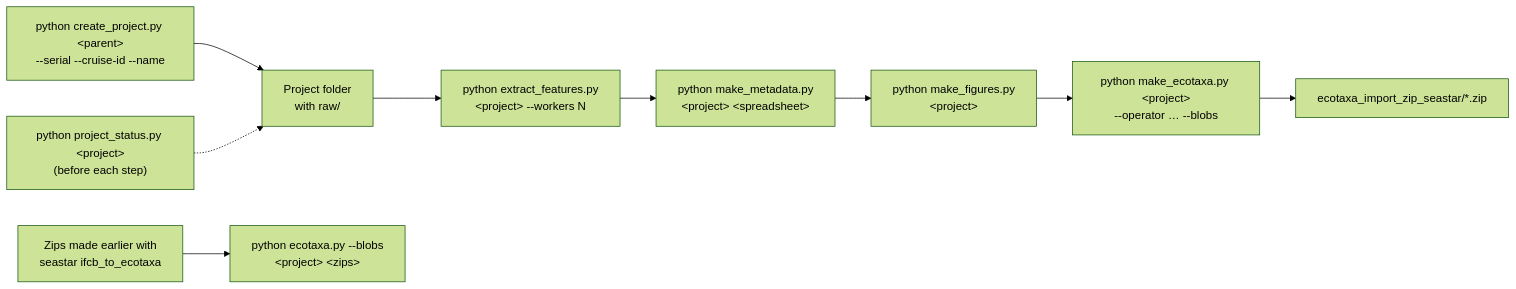
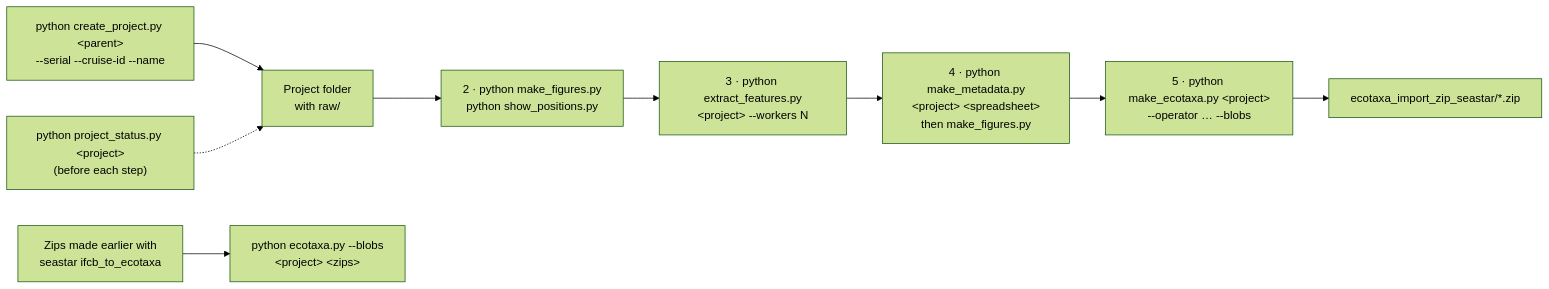
The fifth of 5 diagrams in docs/PROTOCOL.md (NOC-OI/seastar), drawn with Mermaid (forest theme) before and after one commit. The commit also changed other lines of this file and 17 other files, not shown here.

Commit message:
App: one page per step in a menu with Process, EcoTaxa API and BODC groups; raw data checked before the features; where each step stands

````diff
--- a/docs/PROTOCOL.md
+++ b/docs/PROTOCOL.md
@@ -240,11 +271,11 @@
 ```mermaid
 flowchart LR
     N["python create_project.py &lt;parent&gt;<br/>--serial --cruise-id --name"] --> A
     S["python project_status.py &lt;project&gt;<br/>(before each step)"] -.-> A
-    A["Project folder<br/>with raw/"] --> B["python extract_features.py<br/>&lt;project&gt; --workers N"]
-    B --> C["python make_metadata.py<br/>&lt;project&gt; &lt;spreadsheet&gt;"]
-    C --> Q["python make_figures.py<br/>&lt;project&gt;"]
-    Q --> D["python make_ecotaxa.py &lt;project&gt;<br/>--operator … --blobs"]
+    A["Project folder<br/>with raw/"] --> R["2 · python make_figures.py<br/>python show_positions.py"]
+    R --> B["3 · python extract_features.py<br/>&lt;project&gt; --workers N"]
+    B --> C["4 · python make_metadata.py<br/>&lt;project&gt; &lt;spreadsheet&gt;<br/>then make_figures.py"]
+    C --> D["5 · python make_ecotaxa.py &lt;project&gt;<br/>--operator … --blobs"]
     D --> E["ecotaxa_import_zip_seastar/*.zip"]
     F["Zips made earlier with<br/>seastar ifcb_to_ecotaxa"] --> G["python ecotaxa.py --blobs<br/>&lt;project&gt; &lt;zips&gt;"]
 ```
````
